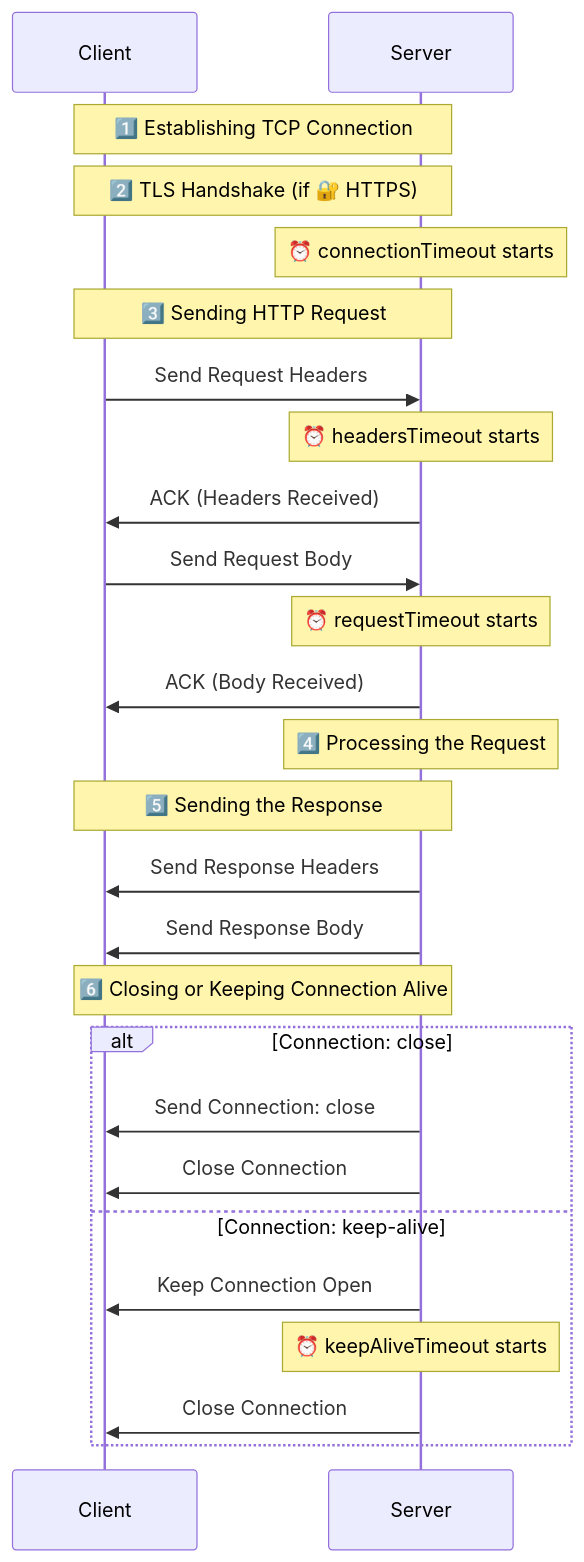
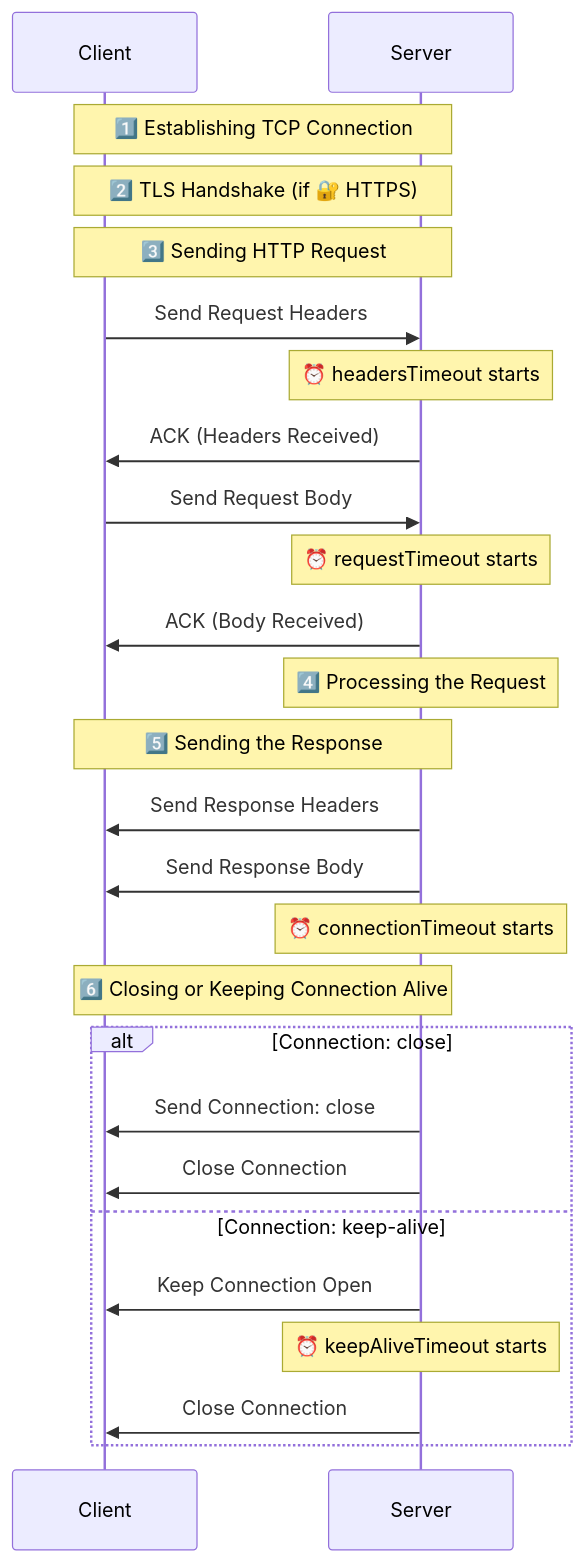
One commit to Eomm/blog-posts changed the diagram in posts/bonus-timeouts.md. Above: the diagram before and after it, drawn with Mermaid. The commit also changed other lines of this file and 2 other files, not shown here.

Commit message:
feat: timeout blog post

````diff
--- a/posts/bonus-timeouts.md
+++ b/posts/bonus-timeouts.md
@@ -15,51 +24,50 @@
 ```mermaid
 sequenceDiagram
     participant Client
     participant Server
 
     Note over Client,Server: 1️⃣ Establishing TCP Connection
     %% Client->>Server: SYN (TCP Handshake)
     %% Server->>Client: SYN-ACK
     %% Client->>Server: ACK (Connection Established)
 
     %% alt 🔐 HTTPS Connection
         Note over Client,Server: 2️⃣ TLS Handshake (if 🔐 HTTPS)
         %% Client->>Server: Client Hello (Cipher Suites, TLS Version)
         %% Server->>Client: Server Hello (Certificate)
         %% Client->>Server: Key Exchange
         %% Server->>Client: Secure Connection Established
     %% end
 
-    Note over Server: ⏰ connectionTimeout starts
-
-
     Note over Client,Server: 3️⃣ Sending HTTP Request
     Client->>Server: Send Request Headers
     Note over Server: ⏰ headersTimeout starts
     Server->>Client: ACK (Headers Received)
     Client->>Server: Send Request Body
     Note over Server: ⏰ requestTimeout starts
     Server->>Client: ACK (Body Received)
 
     Note over Server: 4️⃣ Processing the Request
 
     Note over Client,Server: 5️⃣ Sending the Response
     Server->>Client: Send Response Headers
     Server->>Client: Send Response Body
+
+    Note over Server: ⏰ connectionTimeout starts
 
     Note over Client,Server: 6️⃣ Closing or Keeping Connection Alive
     alt Connection: close
         Server->>Client: Send Connection: close
         Server->>Client: Close Connection
     else Connection: keep-alive
         Server->>Client: Keep Connection Open
         Note over Server: ⏰ keepAliveTimeout starts
         Server->>Client: Close Connection
         %% alt No New Request Within keepAliveTimeout
         %%     Server->>Client: Close Connection
         %% else New Request Arrives
         %%     Client->>Server: Send New Request (Reusing Connection)
         %%     Note over Server: Reset keepAliveTimeout
         %% end
     end
 ```
````
